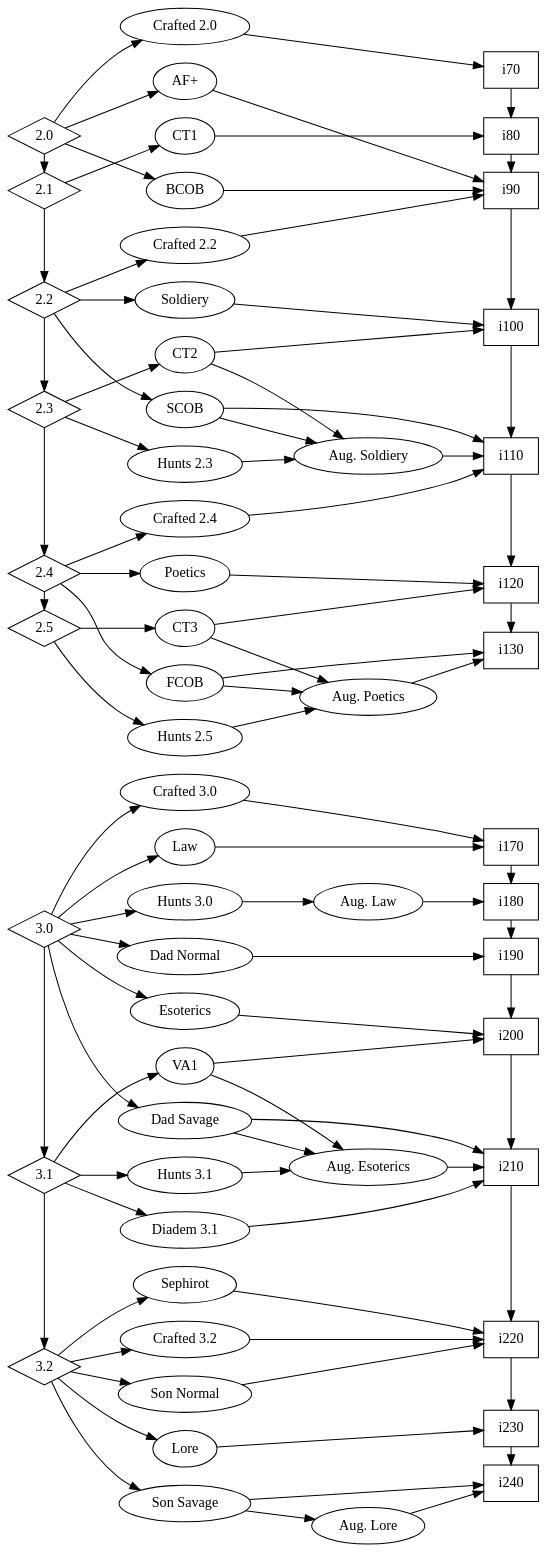
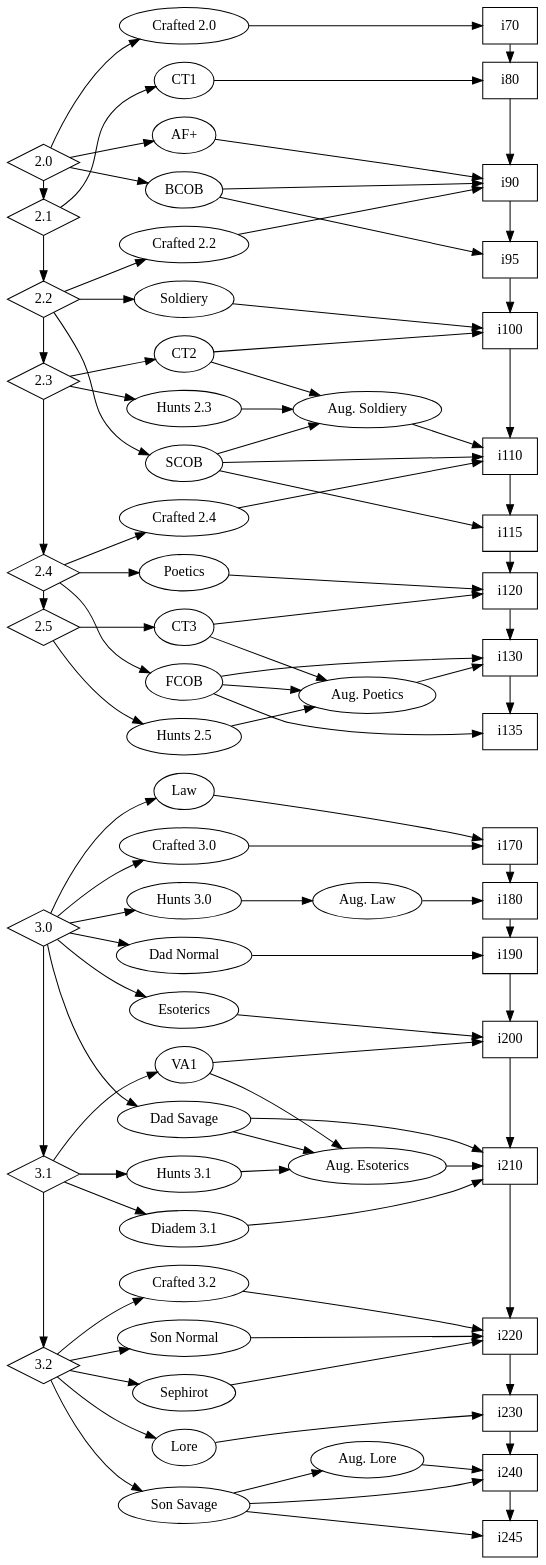
Before and after one commit to KaneTW/ffxiv-stuff: the diagram in ffxiv_gear.dot, drawn with Graphviz.

Commit message:
Add weapon ilvls

```diff
--- a/ffxiv_gear.dot
+++ b/ffxiv_gear.dot
@@ -1,97 +1,101 @@
 digraph "FFXIV" {
   bgcolor=transparent;
   rankdir = LR;
   {
     // needed so that graph is aligned properly. if something breaks, feel free to remove this
     node[shape=diamond]
     2.0 -> 3.0[style=invis]
   }
   subgraph {
     subgraph {
       node [shape=diamond];
       rank = source;
       2.0 -> 2.1 -> 2.2 -> 2.3 -> 2.4 -> 2.5
     }
     subgraph {
       rank = sink;
       node [shape=box];
-      i70 -> i80 -> i90 -> i100 -> i110 -> i120 -> i130
+      i70 -> i80 -> i90 -> i95 -> i100 -> i110 -> i115 -> i120 -> i130 -> i135
     }
     subgraph {
       rank = same;
       "Aug. Soldiery"
       "Aug. Poetics"
     }
     subgraph {
       rank = same;
       "AF+"; "Soldiery"; "Poetics";
       "BCOB"; "SCOB"; "FCOB"; 
       "CT1"; "CT2"; "CT3";
       "Crafted 2.0"; "Crafted 2.2"; "Crafted 2.4";
       "Hunts 2.3"; "Hunts 2.5";
     }
     2.0 -> "Crafted 2.0" -> i70
     2.0 -> "BCOB" -> i90
+    "BCOB" -> i95
     2.0 -> "AF+" -> i90
     2.1 -> "CT1" -> i80
     2.2 -> "Crafted 2.2" -> i90
     2.2 -> "Soldiery" -> i100
     2.2 -> "SCOB" -> i110
+    "SCOB" -> i115
     "SCOB" -> "Aug. Soldiery" -> i110
     2.3 -> "CT2" -> i100
     "CT2" -> "Aug. Soldiery"
     2.3 -> "Hunts 2.3" -> "Aug. Soldiery"
     2.4 -> "Crafted 2.4" -> i110
     2.4 -> "Poetics" -> i120
     2.4 -> "FCOB" -> i130
+    "FCOB" -> i135
     "FCOB" -> "Aug. Poetics" -> i130
     2.5 -> "CT3" -> i120
     "CT3" -> "Aug. Poetics"
     2.5 -> "Hunts 2.5" -> "Aug. Poetics"
   }
   subgraph {
     subgraph {
       node [shape=diamond];
       rank = source;
       3.0 -> 3.1 -> 3.2
     }
     subgraph {
       rank = sink;
       node [shape=box];
-      i170 -> i180 -> i190 -> i200 -> i210 -> i220 -> i230 -> i240
+      i170 -> i180 -> i190 -> i200 -> i210 -> i220 -> i230 -> i240 -> i245
     }
     subgraph {
       rank = same;
       "Aug. Law"
       "Aug. Esoterics"
       "Aug. Lore"
     }
     subgraph {
       rank = same;
       "Law"; "Esoterics"; "Lore";
       "Dad Normal"; "Dad Savage";
       "Son Normal"; "Son Savage";
       "Sephirot";
       "VA1";
       "Crafted 3.0"; "Crafted 3.2";
       "Diadem 3.1"; "Hunts 3.0"; "Hunts 3.1"
     }
     3.0 -> "Crafted 3.0" -> i170
     3.0 -> "Law" -> i170
     3.0 -> "Hunts 3.0" -> "Aug. Law" -> i180
     3.0 -> "Dad Normal" -> i190
     3.0 -> "Esoterics" -> i200
     3.0 -> "Dad Savage" -> i210
     "Dad Savage" -> "Aug. Esoterics" -> i210
     3.1 -> "Hunts 3.1" -> "Aug. Esoterics"
     3.1 -> "VA1" -> i200
     "VA1" -> "Aug. Esoterics"
     3.1 -> "Diadem 3.1" -> i210
     3.2 -> "Crafted 3.2" -> i220
     3.2 -> "Sephirot" -> i220
     3.2 -> "Son Normal" -> i220
     3.2 -> "Lore" -> i230
     3.2 -> "Son Savage" -> i240 
     "Son Savage" -> "Aug. Lore" -> i240
+    "Son Savage" -> i245
   }
 }
```
